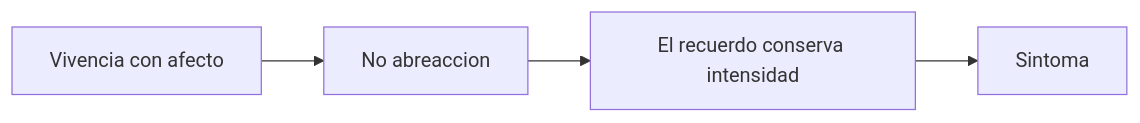
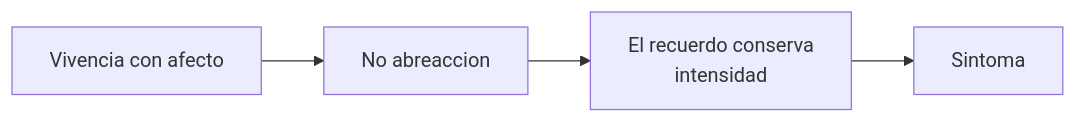
One commit to javifernandes/psicoanalisis-freud-laznik changed the third of 4 diagrams in libro/bookops/02-sintesis-integrada/01-del-trauma-al-conflicto-psiquico.md. Above: the diagram before and after it, drawn with Mermaid. The commit also changed other lines of this file and 30 other files, not shown here.

````diff
--- a/libro/bookops/02-sintesis-integrada/01-del-trauma-al-conflicto-psiquico.md
+++ b/libro/bookops/02-sintesis-integrada/01-del-trauma-al-conflicto-psiquico.md
@@ -67,6 +67,6 @@
 ```mermaid
 flowchart LR
   A["Vivencia con afecto"] --> B["No abreaccion"]
-  B --> C["El recuerdo conserva intensidad"]
+  B --> C["El recuerdo conserva<br/>intensidad"]
   C --> D["Sintoma"]
 ```
````
